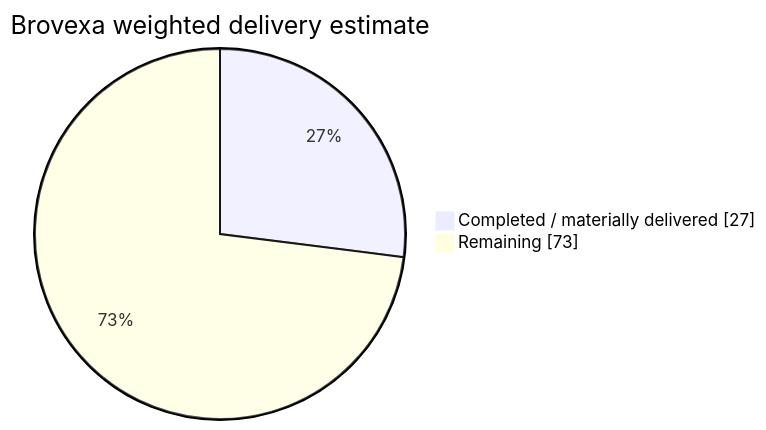
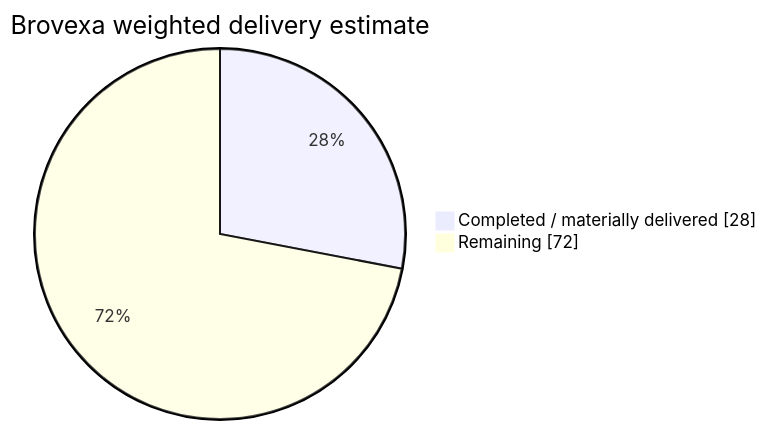
The diagram in README.md (Vertex-Systems-Network/brovexa), drawn with Mermaid before and after one commit. The commit also changed other lines of this file, not shown here.

````diff
--- a/README.md
+++ b/README.md
@@ -17,6 +17,6 @@
 ```mermaid
 pie showData
     title Brovexa weighted delivery estimate
-    "Completed / materially delivered" : 27
-    "Remaining" : 73
+    "Completed / materially delivered" : 28
+    "Remaining" : 72
 ```
````
